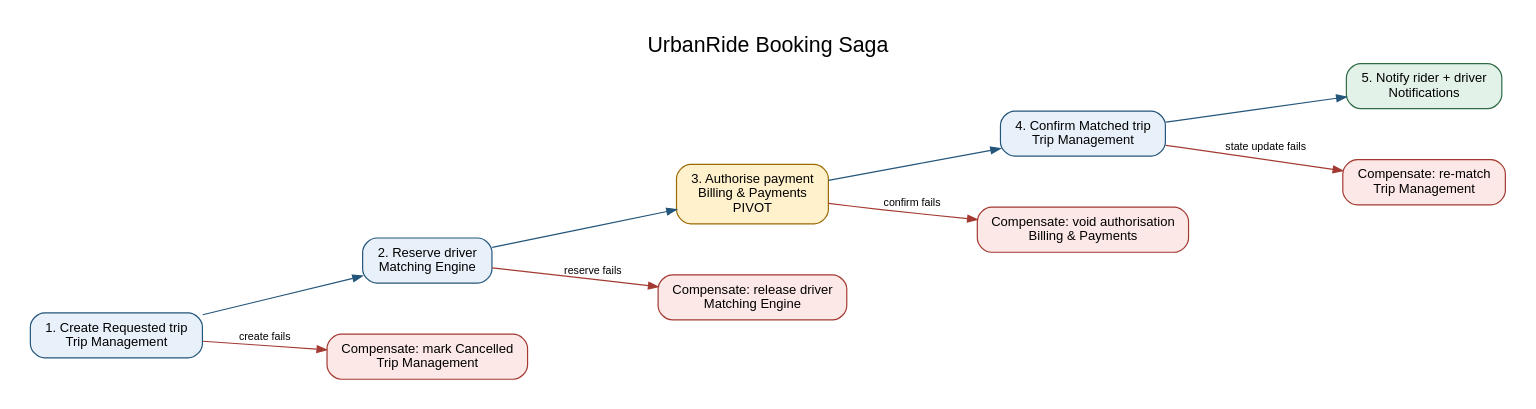
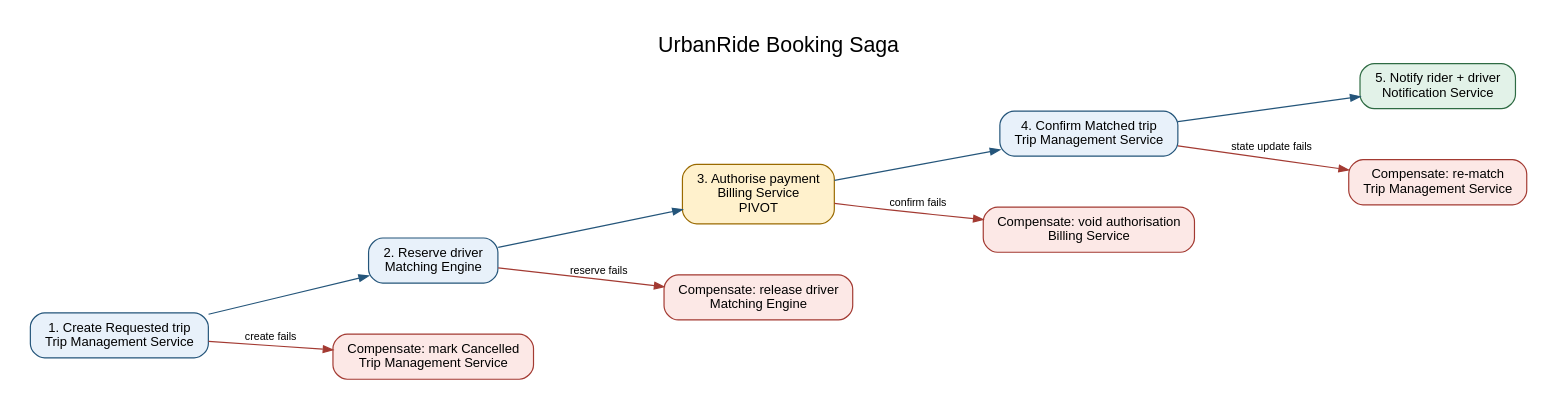
The diagram in diagrams/source/saga-01-booking.dot (RashmikaMadaela/urbanride-architecture), drawn with Graphviz before and after one commit. The commit also changed 13 other files, not shown here.

Commit message:
M1 consistency pass: render missing diagrams, enforce canonical names, fix SMS contradiction, draft references

```diff
--- a/diagrams/source/saga-01-booking.dot
+++ b/diagrams/source/saga-01-booking.dot
@@ -1,19 +1,19 @@
 digraph BookingSaga {
   graph [rankdir=LR, bgcolor="white", pad="0.25", nodesep="0.6", ranksep="0.8", labelloc="t", label="UrbanRide Booking Saga", fontname="Arial", fontsize=18];
   node [shape=box, style="rounded,filled", fillcolor="#E8F1FA", color="#24557A", fontname="Arial", fontsize=11, margin="0.18,0.10"];
   edge [color="#24557A", fontname="Arial", fontsize=9, arrowsize=0.8];
-  trip1 [label="1. Create Requested trip\nTrip Management"];
+  trip1 [label="1. Create Requested trip\nTrip Management Service"];
   match [label="2. Reserve driver\nMatching Engine"];
-  pay [label="3. Authorise payment\nBilling & Payments\nPIVOT", fillcolor="#FFF1CC", color="#9A6A00"];
-  trip2 [label="4. Confirm Matched trip\nTrip Management"];
-  notify [label="5. Notify rider + driver\nNotifications", fillcolor="#E2F2E8", color="#2E6B43"];
-  cancel [label="Compensate: mark Cancelled\nTrip Management", fillcolor="#FCE8E6", color="#A33A32"];
+  pay [label="3. Authorise payment\nBilling Service\nPIVOT", fillcolor="#FFF1CC", color="#9A6A00"];
+  trip2 [label="4. Confirm Matched trip\nTrip Management Service"];
+  notify [label="5. Notify rider + driver\nNotification Service", fillcolor="#E2F2E8", color="#2E6B43"];
+  cancel [label="Compensate: mark Cancelled\nTrip Management Service", fillcolor="#FCE8E6", color="#A33A32"];
   release [label="Compensate: release driver\nMatching Engine", fillcolor="#FCE8E6", color="#A33A32"];
-  void [label="Compensate: void authorisation\nBilling & Payments", fillcolor="#FCE8E6", color="#A33A32"];
-  rematch [label="Compensate: re-match\nTrip Management", fillcolor="#FCE8E6", color="#A33A32"];
+  void [label="Compensate: void authorisation\nBilling Service", fillcolor="#FCE8E6", color="#A33A32"];
+  rematch [label="Compensate: re-match\nTrip Management Service", fillcolor="#FCE8E6", color="#A33A32"];
   trip1 -> match -> pay -> trip2 -> notify;
   trip1 -> cancel [label=" create fails", color="#A33A32"];
   match -> release [label=" reserve fails", color="#A33A32"];
   pay -> void [label=" confirm fails", color="#A33A32"];
   trip2 -> rematch [label=" state update fails", color="#A33A32"];
 }
```
